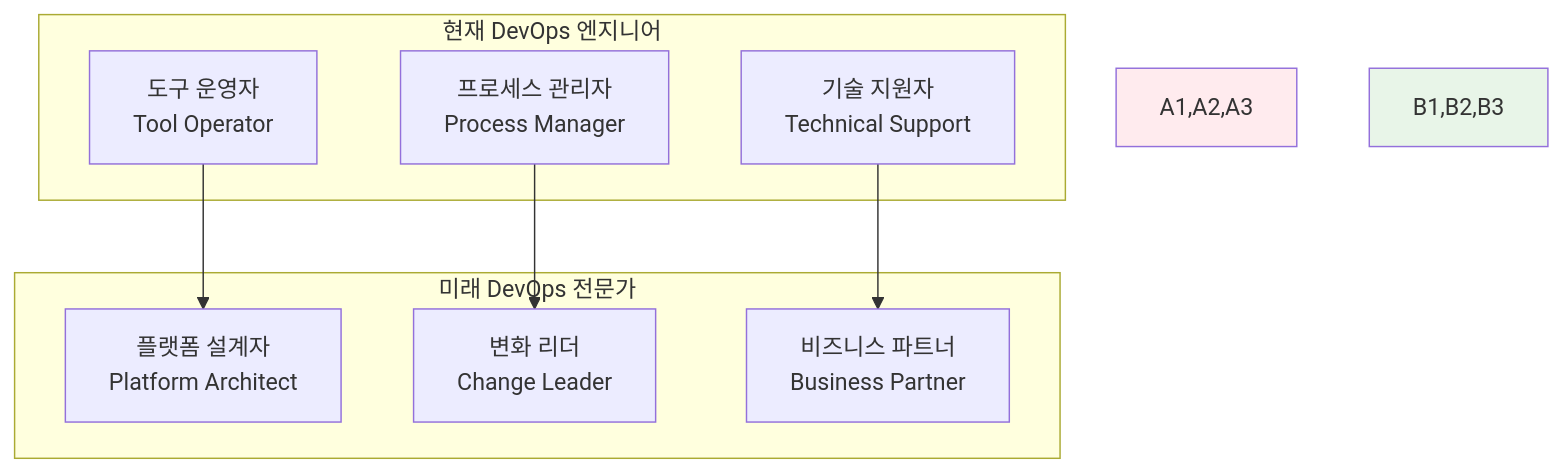
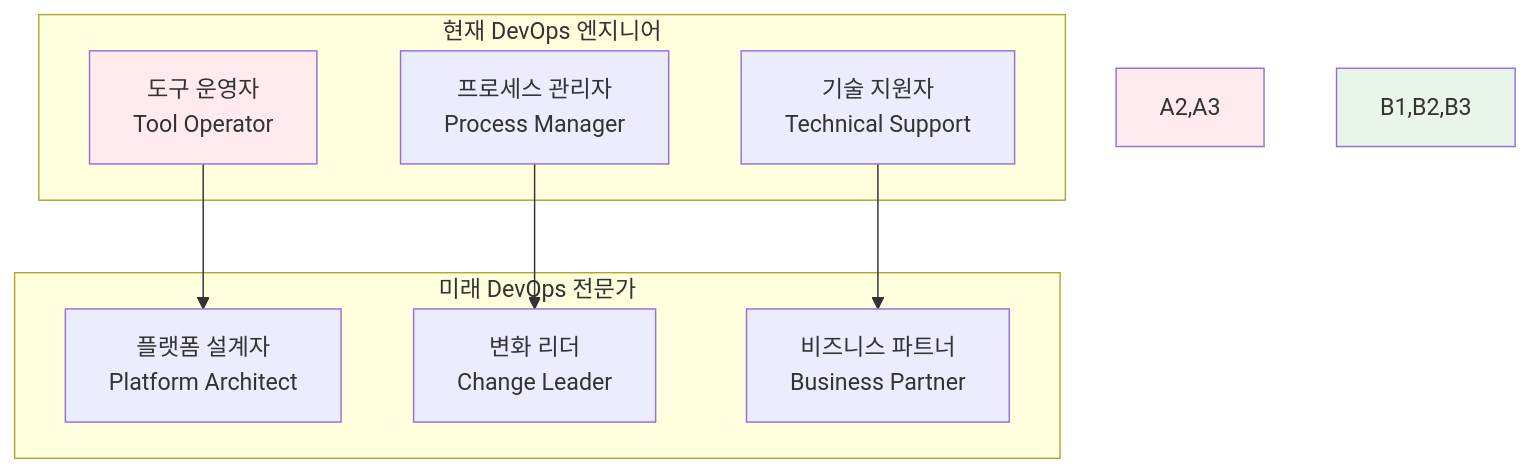
One commit to niceguy61/kdt_devops_lecture_2025 changed the fourth of 6 diagrams in theory/week_01/day1/session_3.md. Above: the diagram before and after it, drawn with Mermaid.

````diff
--- a/theory/week_01/day1/session_3.md
+++ b/theory/week_01/day1/session_3.md
@@ -144,21 +144,22 @@
 ```mermaid
 graph TB
     subgraph "현재 DevOps 엔지니어"
         A1[도구 운영자<br/>Tool Operator]
         A2[프로세스 관리자<br/>Process Manager]
         A3[기술 지원자<br/>Technical Support]
     end
     
     subgraph "미래 DevOps 전문가"
         B1[플랫폼 설계자<br/>Platform Architect]
         B2[변화 리더<br/>Change Leader]
         B3[비즈니스 파트너<br/>Business Partner]
     end
     
     A1 --> B1
     A2 --> B2
     A3 --> B3
     
-    style A1,A2,A3 fill:#ffebee
+    style A1 fill:#ffebee
+    style A2,A3 fill:#ffebee
     style B1,B2,B3 fill:#e8f5e8
 ```
````
